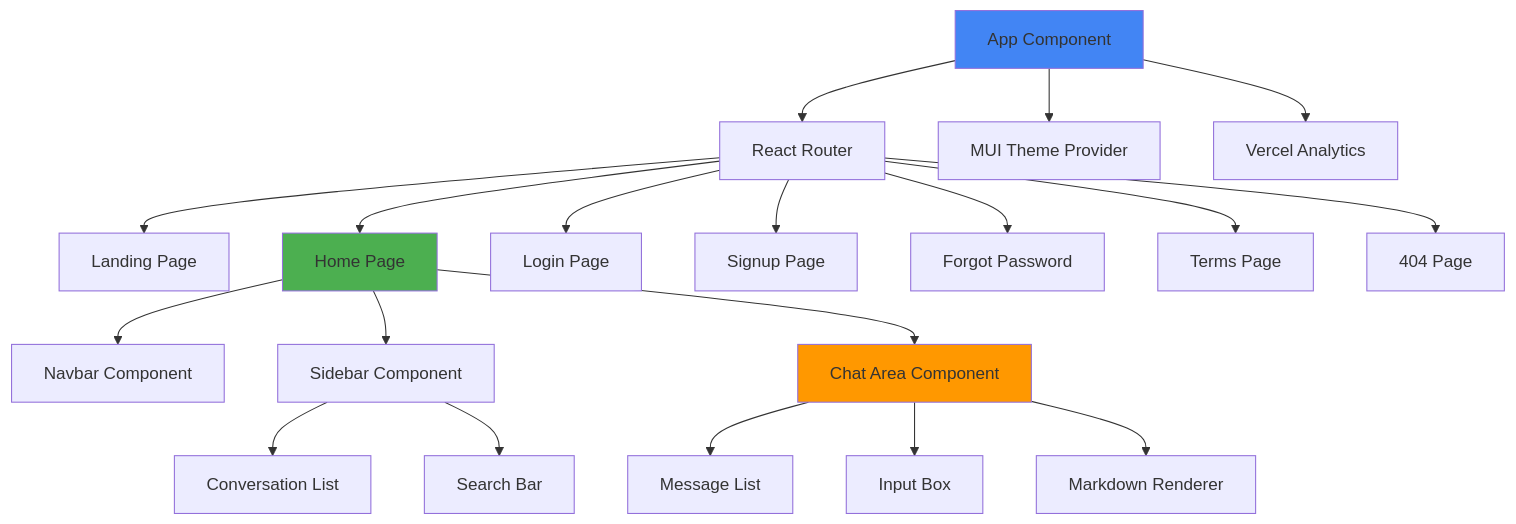
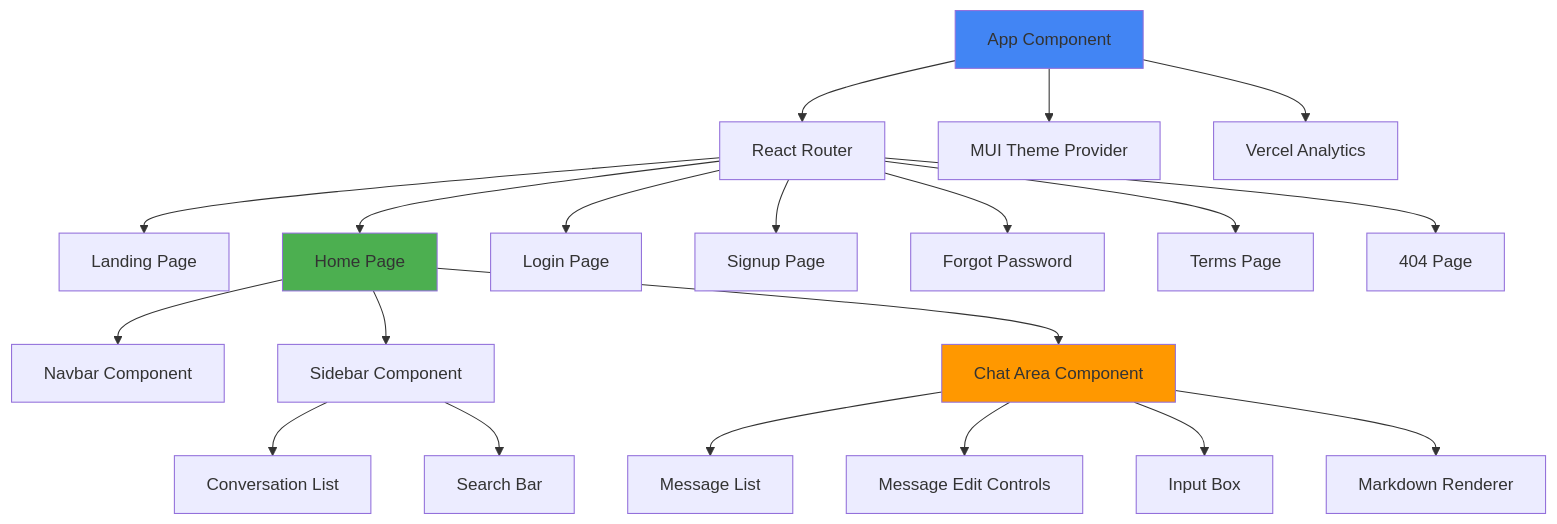
One commit to hoangsonww/AI-RAG-Assistant-Chatbot changed the third of 34 diagrams in ARCHITECTURE.md. Above: the diagram before and after it, drawn with Mermaid. The commit also changed other lines of this file and 1 other file, not shown here.

Commit message:
docs: document message editing and conversation branching in ARCHITECTURE.md and README.md

````diff
--- a/ARCHITECTURE.md
+++ b/ARCHITECTURE.md
@@ -236,31 +237,32 @@
 ```mermaid
 graph TD
     App[App Component]
     App --> Router[React Router]
 
     Router --> Landing[Landing Page]
     Router --> Home[Home Page]
     Router --> Login[Login Page]
     Router --> Signup[Signup Page]
     Router --> Forgot[Forgot Password]
     Router --> Terms[Terms Page]
     Router --> NotFound[404 Page]
 
     Home --> Navbar[Navbar Component]
     Home --> Sidebar[Sidebar Component]
     Home --> ChatArea[Chat Area Component]
 
     Sidebar --> ConvList[Conversation List]
     Sidebar --> Search[Search Bar]
 
     ChatArea --> MessageList[Message List]
+    ChatArea --> MessageEdit[Message Edit Controls]
     ChatArea --> InputBox[Input Box]
     ChatArea --> MarkdownRender[Markdown Renderer]
 
     App --> ThemeProvider[MUI Theme Provider]
     App --> Analytics[Vercel Analytics]
 
     style App fill:#4285F4
     style Home fill:#4CAF50
     style ChatArea fill:#FF9800
 ```
````
